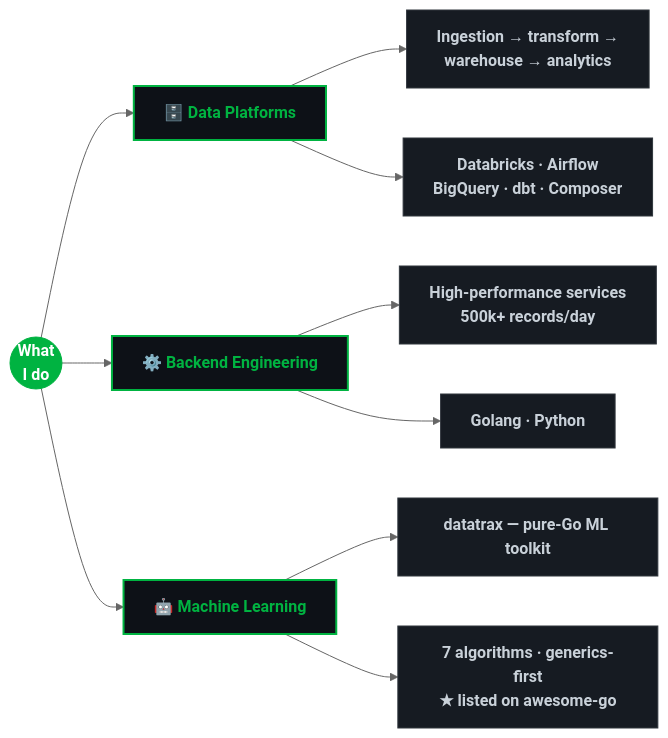
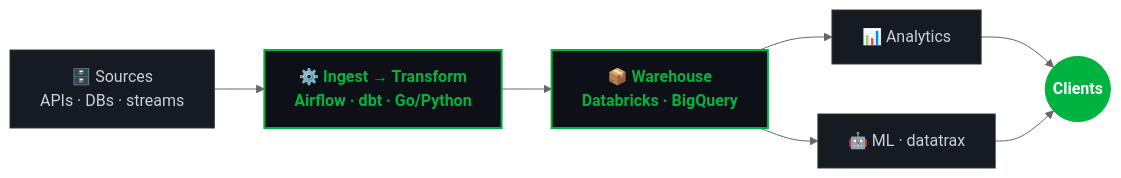
One commit to rbmuller/rbmuller changed the diagram in README.md. Above: the diagram before and after it, drawn with Mermaid (neutral theme).

Commit message:
style(profile): data-pipeline flow (sources→processing→warehouse→clients)

````diff
--- a/README.md
+++ b/README.md
@@ -7,27 +7,19 @@
 ```mermaid
 flowchart LR
-    R(("What<br/>I do"))
+    S["🗄️ Sources<br/>APIs · DBs · streams"] --> P["⚙️ Ingest → Transform<br/>Airflow · dbt · Go/Python"]
+    P --> W["📦 Warehouse<br/>Databricks · BigQuery"]
+    W --> A["📊 Analytics"]
+    W --> M["🤖 ML · datatrax"]
+    A --> C(("Clients"))
+    M --> C
 
-    R --> DP["🗄️ Data Platforms"]
-    R --> BE["⚙️ Backend Engineering"]
-    R --> ML["🤖 Machine Learning"]
+    click M "https://github.com/rbmuller/datatrax" _blank
 
-    DP --> DP1["Ingestion → transform →<br/>warehouse → analytics"]
-    DP --> DP2["Databricks · Airflow<br/>BigQuery · dbt · Composer"]
+    classDef stage fill:#161b22,stroke:#30363d,color:#c9d1d9
+    classDef proc fill:#0d1117,stroke:#00B341,stroke-width:2px,color:#00B341,font-weight:bold
+    classDef clients fill:#00B341,stroke:#00B341,color:#ffffff,font-weight:bold
 
-    BE --> BE1["High-performance services<br/>500k+ records/day"]
-    BE --> BE2["Golang · Python"]
-
-    ML --> ML1["datatrax — pure-Go ML toolkit"]
-    ML --> ML2["7 algorithms · generics-first<br/>★ listed on awesome-go"]
-
-    click ML1 "https://github.com/rbmuller/datatrax" _blank
-
-    classDef root fill:#00B341,stroke:#00B341,color:#ffffff,font-weight:bold
-    classDef cat fill:#0d1117,stroke:#00B341,stroke-width:2px,color:#00B341,font-weight:bold
-    classDef leaf fill:#161b22,stroke:#30363d,color:#c9d1d9
-
-    class R root
-    class DP,BE,ML cat
-    class DP1,DP2,BE1,BE2,ML1,ML2 leaf
+    class S,A,M stage
+    class P,W proc
+    class C clients
 ```
````
